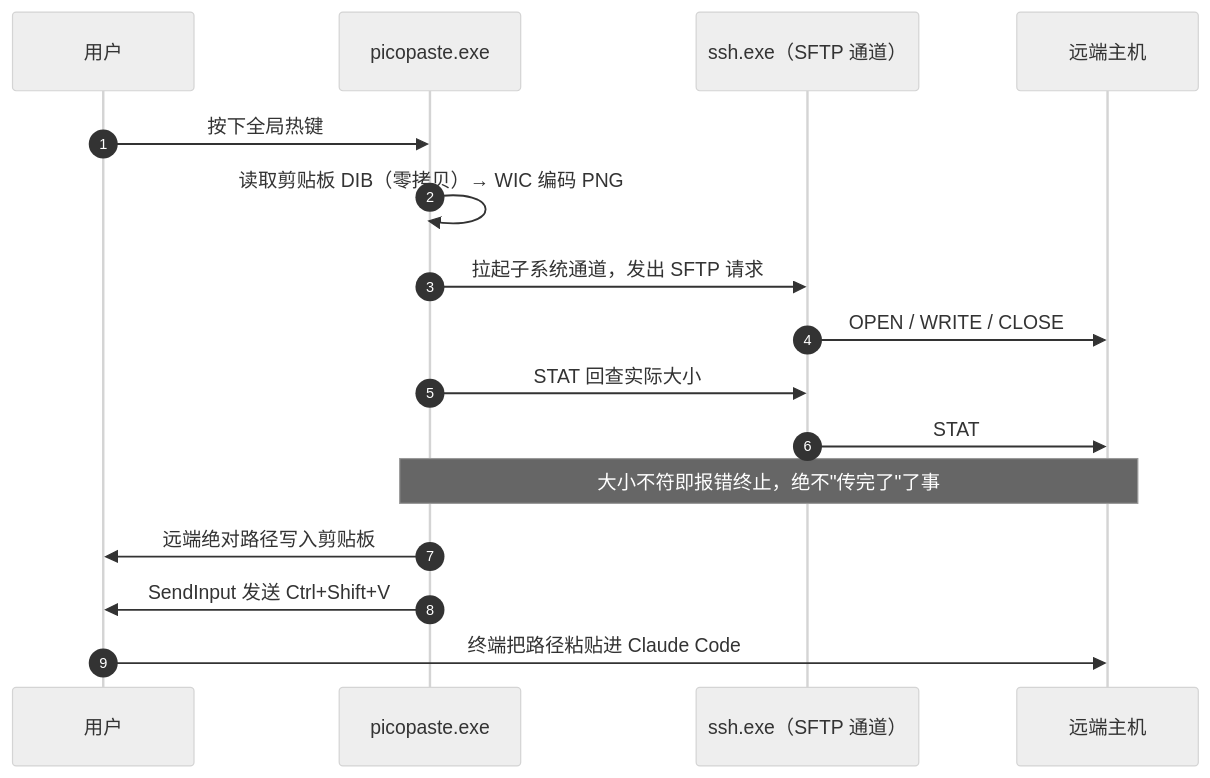
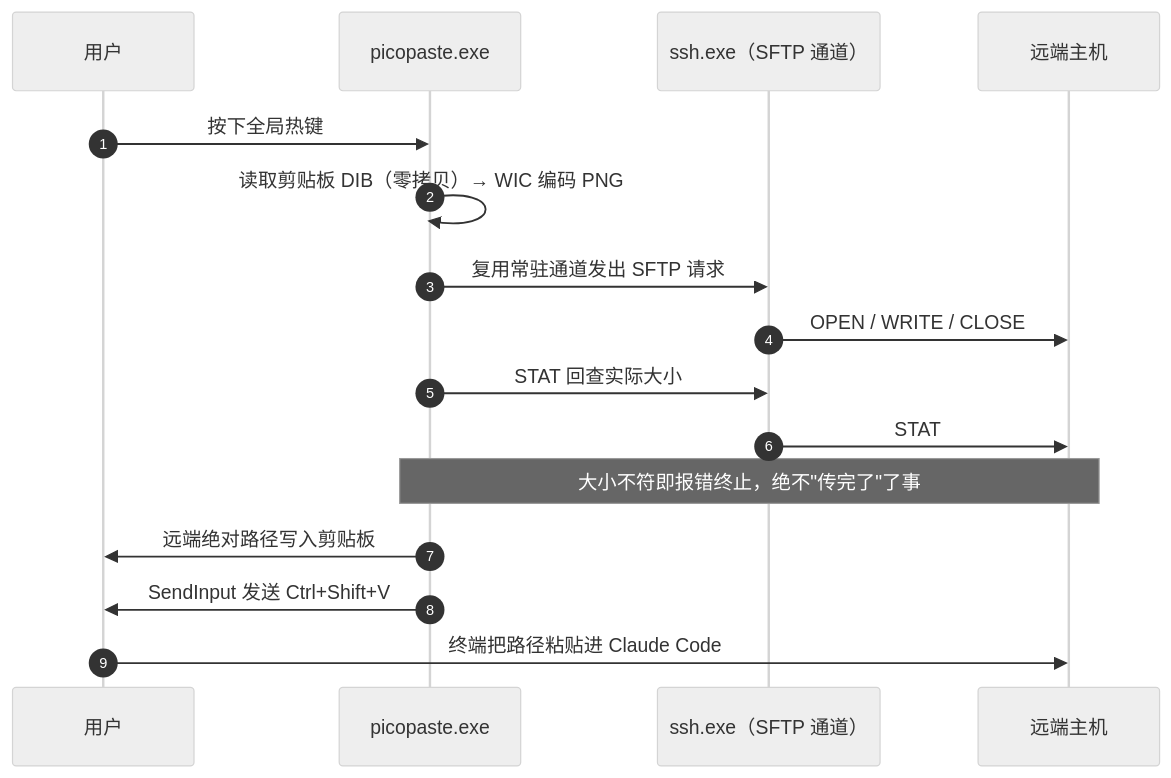
One commit to DeguiLiu/picopaste changed the second of 2 diagrams in README.md. Above: the diagram before and after it, drawn with Mermaid (neutral theme). The commit also changed other lines of this file and 10 other files, not shown here.

````diff
--- a/README.md
+++ b/README.md
@@ -59,19 +61,19 @@
 ```mermaid
 sequenceDiagram
   autonumber
   participant U as 用户
   participant P as picopaste.exe
   participant S as ssh.exe（SFTP 通道）
   participant R as 远端主机
 
   U->>P: 按下全局热键
   P->>P: 读取剪贴板 DIB（零拷贝）→ WIC 编码 PNG
-  P->>S: 拉起子系统通道，发出 SFTP 请求
+  P->>S: 复用常驻通道发出 SFTP 请求
   S->>R: OPEN / WRITE / CLOSE
   P->>S: STAT 回查实际大小
   S->>R: STAT
   Note over P,R: 大小不符即报错终止，绝不"传完了"了事
   P->>U: 远端绝对路径写入剪贴板
   P->>U: SendInput 发送 Ctrl+Shift+V
   U->>R: 终端把路径粘贴进 Claude Code
 ```
````
